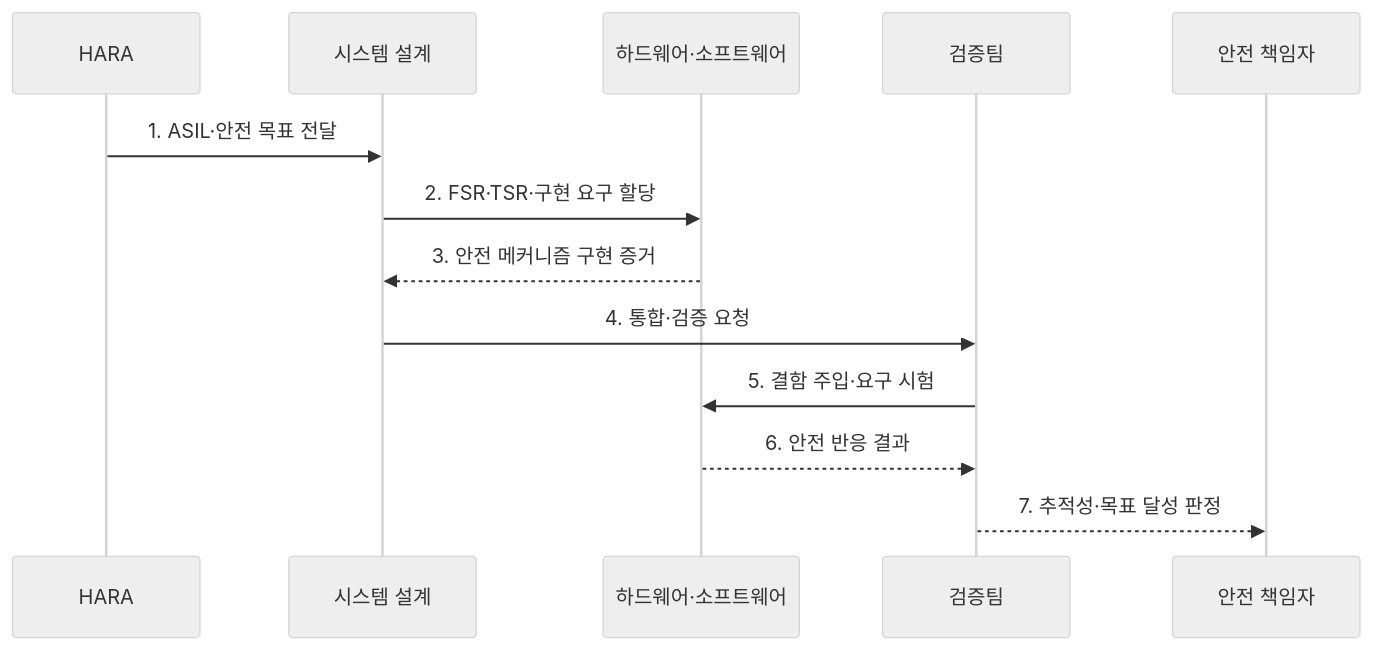
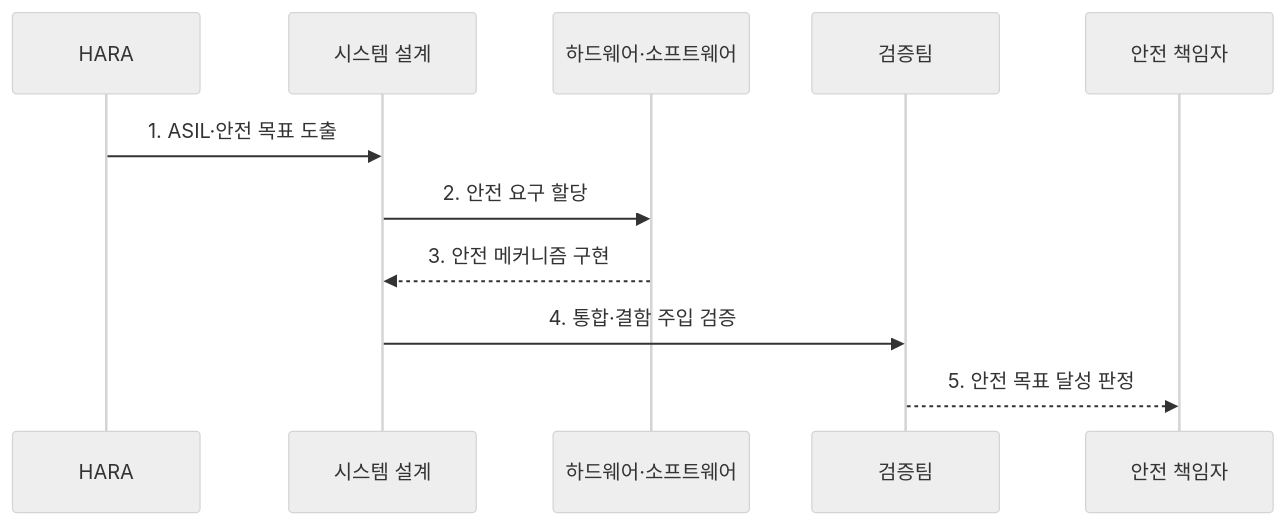
The second of 2 diagrams in src/content/docs/notes/03-software/078_functional_safety_iso_26262_asil.md (agnusdei1207/knowledge-base), drawn with Mermaid (neutral theme) before and after one commit. The commit also changed other lines of this file and 238 other files, not shown here.

````diff
--- a/src/content/docs/notes/03-software/078_functional_safety_iso_26262_asil.md
+++ b/src/content/docs/notes/03-software/078_functional_safety_iso_26262_asil.md
@@ -87,15 +87,13 @@
 ```mermaid
 sequenceDiagram
     participant H as HARA
     participant A as 시스템 설계
     participant W as 하드웨어·소프트웨어
     participant V as 검증팀
     participant S as 안전 책임자
-    H->>A: 1. ASIL·안전 목표 전달
-    A->>W: 2. FSR·TSR·구현 요구 할당
-    W-->>A: 3. 안전 메커니즘 구현 증거
-    A->>V: 4. 통합·검증 요청
-    V->>W: 5. 결함 주입·요구 시험
-    W-->>V: 6. 안전 반응 결과
-    V-->>S: 7. 추적성·목표 달성 판정
+    H->>A: 1. ASIL·안전 목표 도출
+    A->>W: 2. 안전 요구 할당
+    W-->>A: 3. 안전 메커니즘 구현
+    A->>V: 4. 통합·결함 주입 검증
+    V-->>S: 5. 안전 목표 달성 판정
 ```
````
